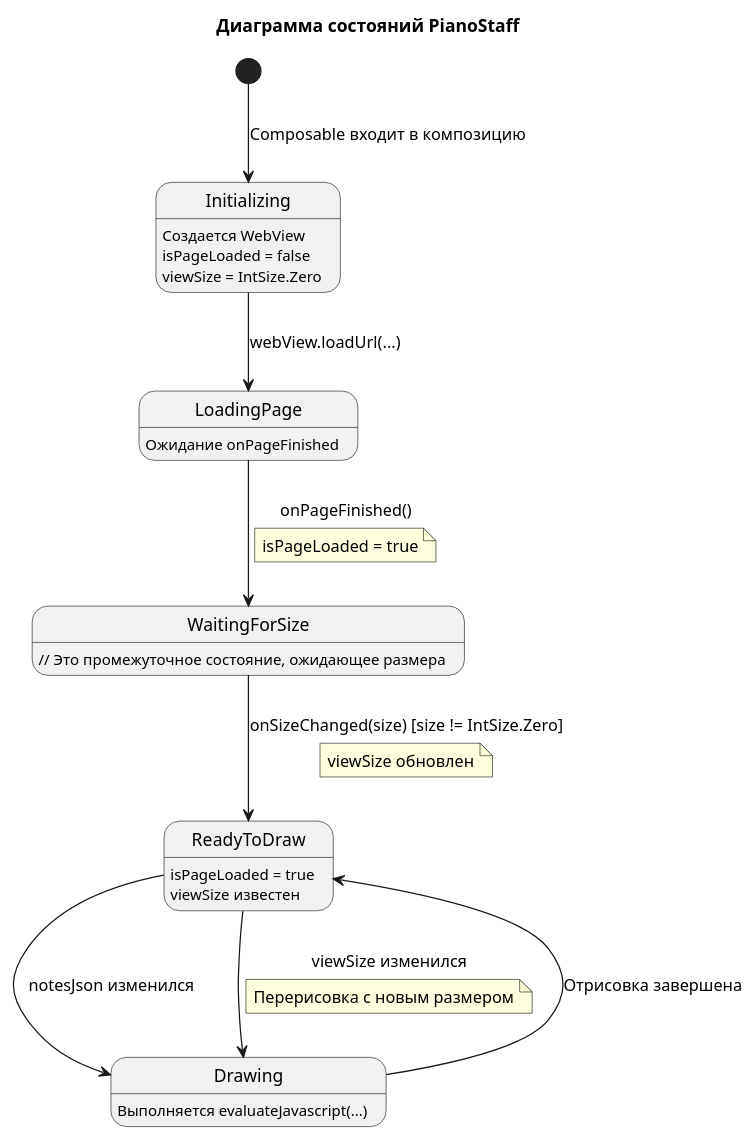
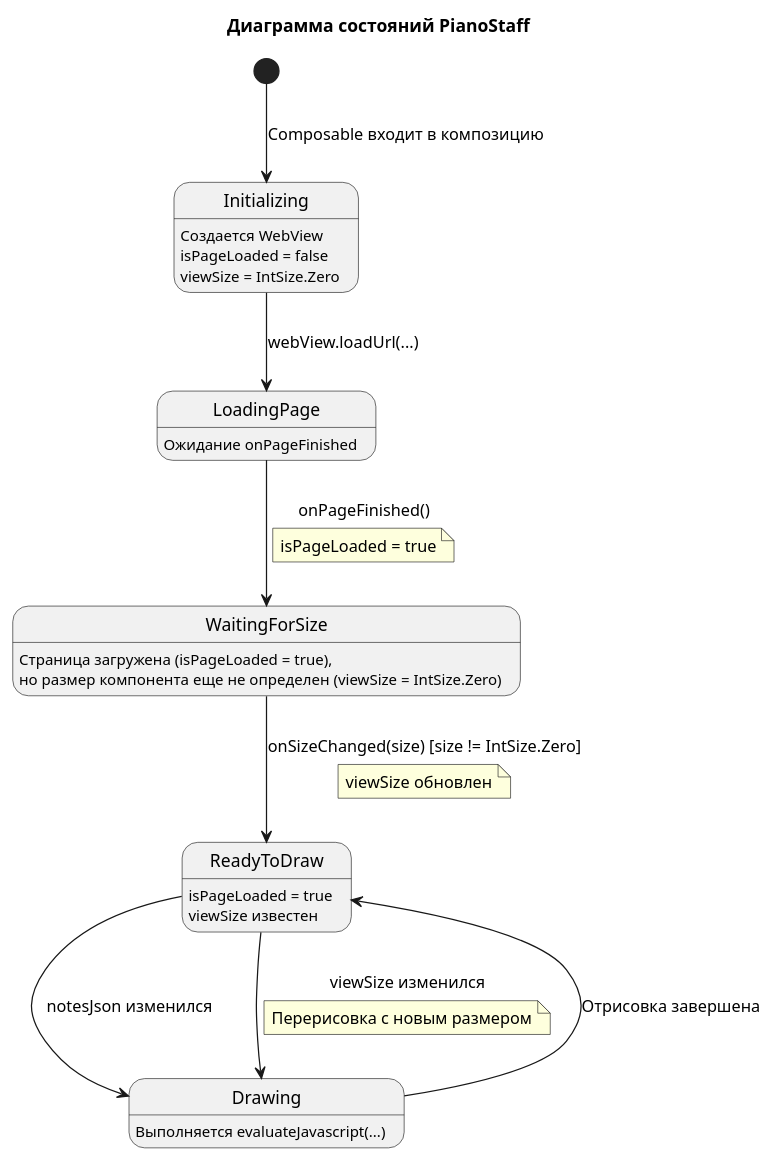
The sixth of 7 diagrams in docs/ru/ts/MIDI_MESSAGE_PROCESSING.md (astrizhachuk/PianoFlow), drawn with PlantUML before and after one commit. The commit also changed 1 other file, not shown here.

Commit message:
feat: дождаться загрузки страницы перед отображением нот
Перемещен блок `AndroidView` с `WebView` для обеспечения корректной инициализации и отрисовки.

Это изменение гарантирует, что `WebView` начнет загружать страницу `vexflow.html` до того, как `LaunchedEffect` попытается выполнить JavaScript для отображения нот. Такой порядок предотвращает потенциальные проблемы, когда `isPageLoaded` может стать `true` до того, как начнется рендеринг `WebView`.

Также обновлена диаграмма состояний в документации для более точного описания состояния `WaitingForSize`.

````diff
--- a/docs/ru/ts/MIDI_MESSAGE_PROCESSING.md
+++ b/docs/ru/ts/MIDI_MESSAGE_PROCESSING.md
@@ -377,46 +377,46 @@
 ```plantuml
 @startuml
 title Диаграмма состояний PianoStaff
 
 [*] --> Initializing : Composable входит в композицию
 
 state Initializing
 Initializing : Создается WebView
 Initializing : isPageLoaded = false
 Initializing : viewSize = IntSize.Zero
 
 Initializing --> LoadingPage : webView.loadUrl(...)
 
 state LoadingPage
 LoadingPage : Ожидание onPageFinished
 
 LoadingPage --> WaitingForSize : onPageFinished()
 note on link
   isPageLoaded = true
 end note
 
 state WaitingForSize
-WaitingForSize : // Это промежуточное состояние, ожидающее размера
+WaitingForSize : Страница загружена (isPageLoaded = true),\nно размер компонента еще не определен (viewSize = IntSize.Zero)
 
 WaitingForSize --> ReadyToDraw : onSizeChanged(size) [size != IntSize.Zero]
 note on link
   viewSize обновлен
 end note
 
 state ReadyToDraw
 ReadyToDraw : isPageLoaded = true
 ReadyToDraw : viewSize известен
 
 state Drawing
 Drawing : Выполняется evaluateJavascript(...)
 
 ReadyToDraw --> Drawing : notesJson изменился
 Drawing --> ReadyToDraw : Отрисовка завершена
 
 ReadyToDraw --> Drawing : viewSize изменился
 note on link
   Перерисовка с новым размером
 end note
 
 @enduml
 ```
````
